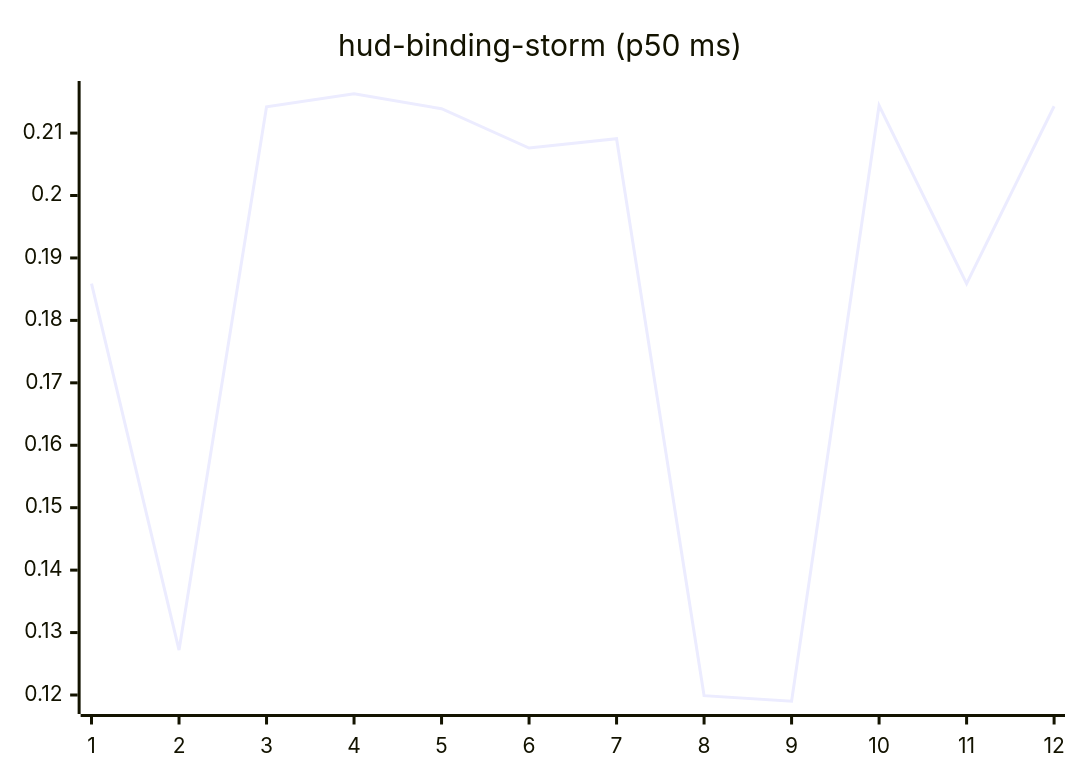
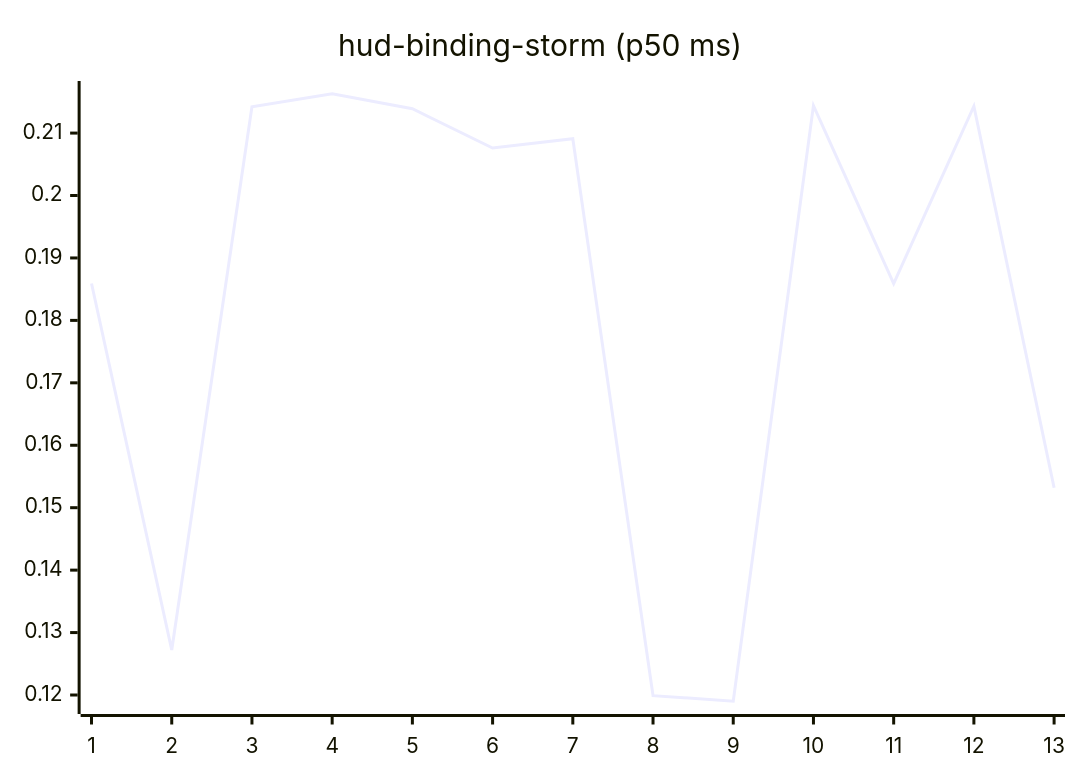
Before and after one commit to josha/Facet: the tenth of 27 diagrams in README.md, drawn with Mermaid. The commit also changed other lines of this file and 2 other files, not shown here.

````diff
--- a/README.md
+++ b/README.md
@@ -126,6 +126,6 @@
 ```mermaid
 xychart-beta
     title "hud-binding-storm (p50 ms)"
-    x-axis 1 --> 12
-    line [0.1859, 0.1272, 0.2142, 0.2163, 0.2139, 0.2076, 0.2091, 0.1199, 0.1190, 0.2144, 0.1859, 0.2143]
+    x-axis 1 --> 13
+    line [0.1859, 0.1272, 0.2142, 0.2163, 0.2139, 0.2076, 0.2091, 0.1199, 0.1190, 0.2144, 0.1859, 0.2143, 0.1532]
 ```
````
